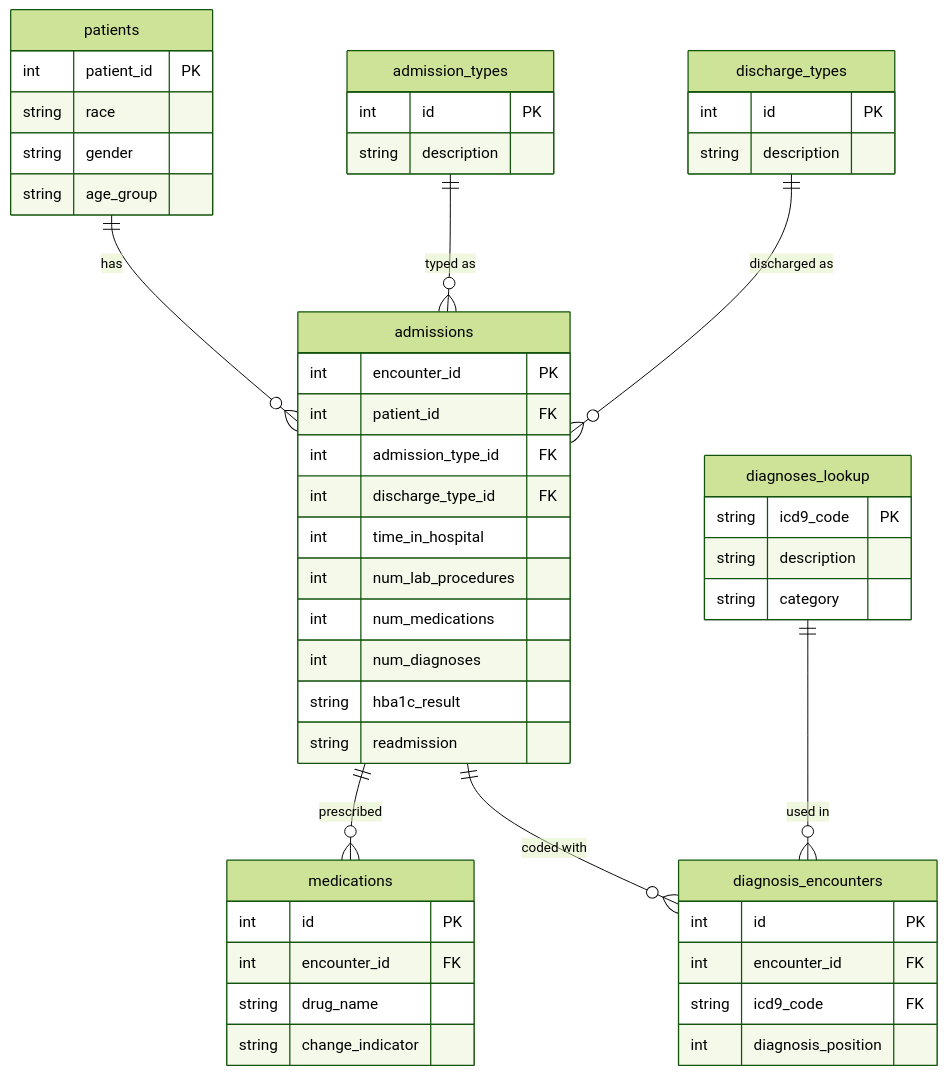
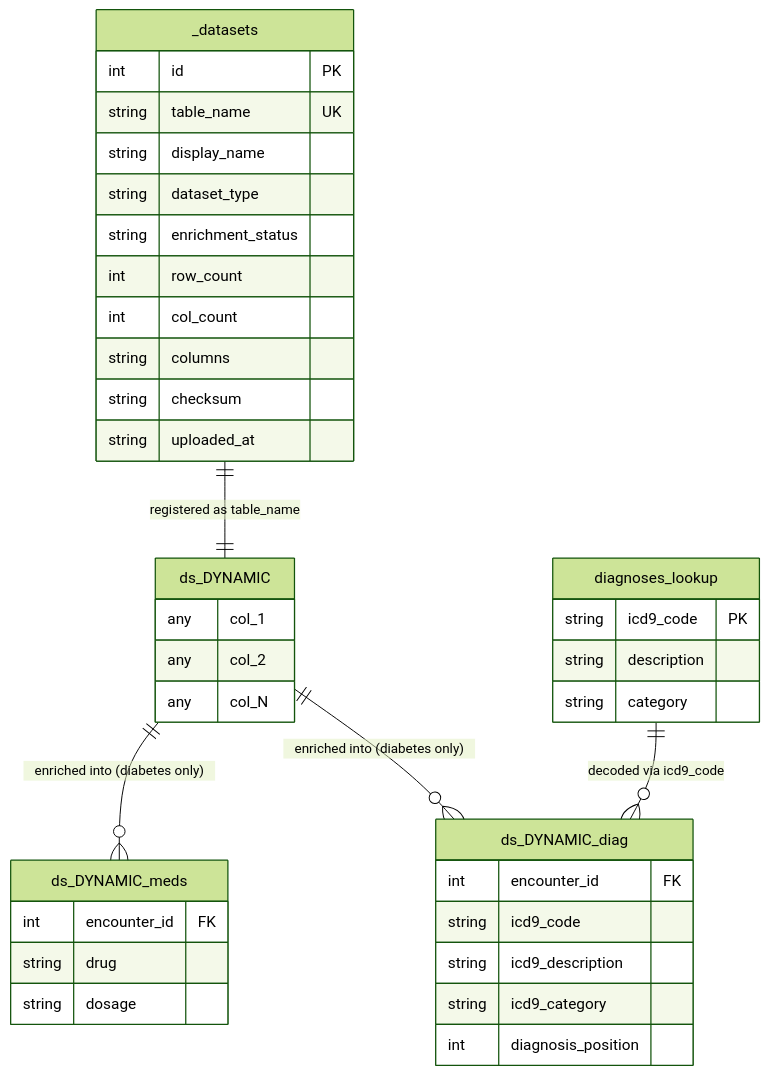
Before and after one commit to lukaszpaciorkowski/alk_projektsemestralny2: the diagram in docs/diagrams/er_diagram.mmd, drawn with Mermaid (forest theme). The commit also changed 61 other files, not shown here.

```diff
--- a/docs/diagrams/er_diagram.mmd
+++ b/docs/diagrams/er_diagram.mmd
@@ -1,50 +1,40 @@
 erDiagram
-    patients {
-        int patient_id PK
-        string race
-        string gender
-        string age_group
+    _datasets {
+        int id PK
+        string table_name UK
+        string display_name
+        string dataset_type
+        string enrichment_status
+        int row_count
+        int col_count
+        string columns
+        string checksum
+        string uploaded_at
     }
-    admission_types {
-        int id PK
-        string description
+    ds_DYNAMIC {
+        any col_1
+        any col_2
+        any col_N
     }
-    discharge_types {
-        int id PK
-        string description
+    ds_DYNAMIC_meds {
+        int encounter_id FK
+        string drug
+        string dosage
     }
-    admissions {
-        int encounter_id PK
-        int patient_id FK
-        int admission_type_id FK
-        int discharge_type_id FK
-        int time_in_hospital
-        int num_lab_procedures
-        int num_medications
-        int num_diagnoses
-        string hba1c_result
-        string readmission
+    ds_DYNAMIC_diag {
+        int encounter_id FK
+        string icd9_code
+        string icd9_description
+        string icd9_category
+        int diagnosis_position
     }
     diagnoses_lookup {
         string icd9_code PK
         string description
         string category
     }
-    diagnosis_encounters {
-        int id PK
-        int encounter_id FK
-        string icd9_code FK
-        int diagnosis_position
-    }
-    medications {
-        int id PK
-        int encounter_id FK
-        string drug_name
-        string change_indicator
-    }
-    patients ||--o{ admissions : "has"
-    admission_types ||--o{ admissions : "typed as"
-    discharge_types ||--o{ admissions : "discharged as"
-    admissions ||--o{ medications : "prescribed"
-    admissions ||--o{ diagnosis_encounters : "coded with"
-    diagnoses_lookup ||--o{ diagnosis_encounters : "used in"
+
+    _datasets ||--|| ds_DYNAMIC : "registered as table_name"
+    ds_DYNAMIC ||--o{ ds_DYNAMIC_meds : "enriched into (diabetes only)"
+    ds_DYNAMIC ||--o{ ds_DYNAMIC_diag : "enriched into (diabetes only)"
+    diagnoses_lookup ||--o{ ds_DYNAMIC_diag : "decoded via icd9_code"
```
